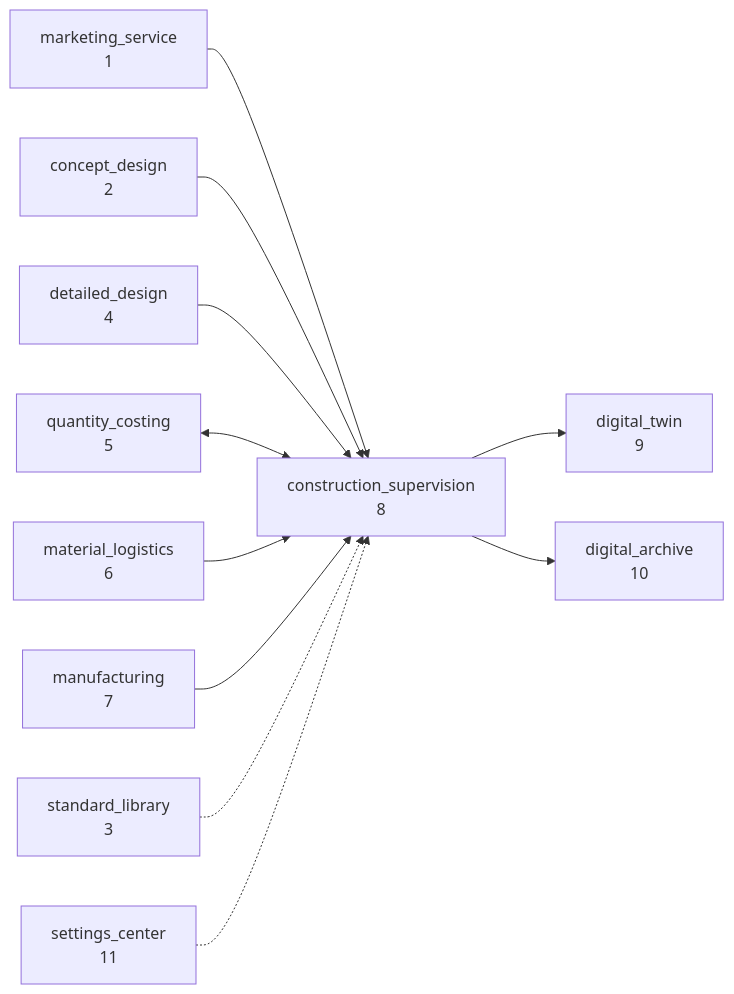
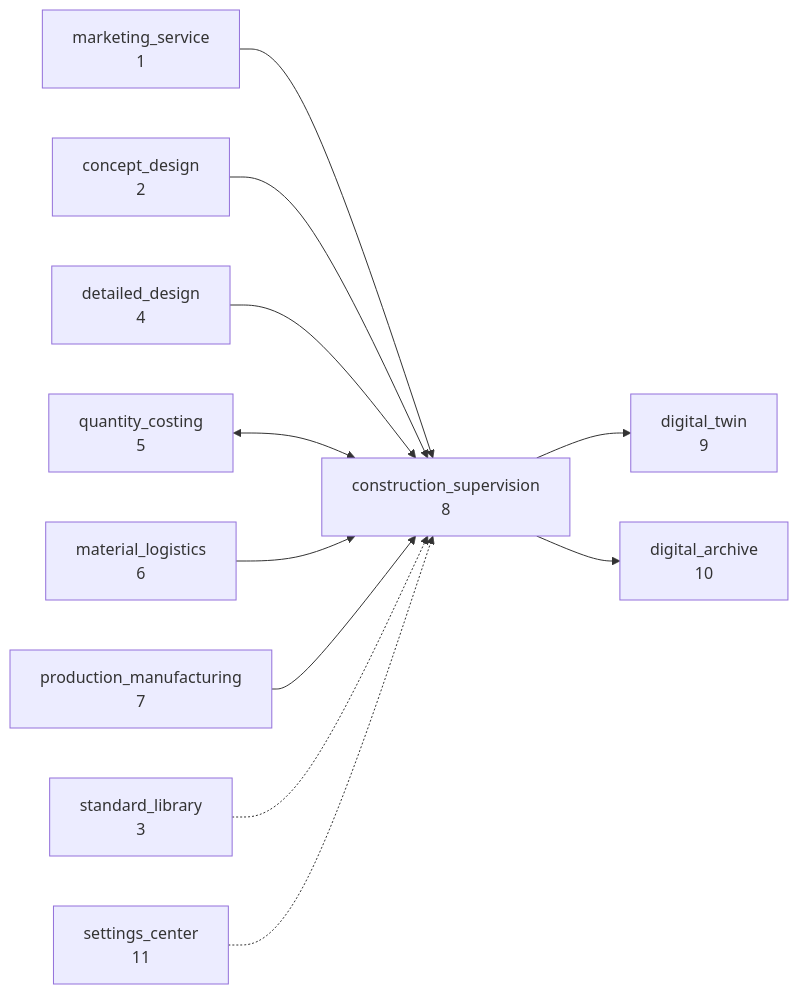
Before and after one commit to ActiveInAI/ArchIToken: the diagram in 04-backend/agent-orchestrator/prompts/construction_supervision/INTEGRATION.md, drawn with Mermaid. The commit also changed other lines of this file and 256 other files, not shown here.

````diff
--- a/04-backend/agent-orchestrator/prompts/construction_supervision/INTEGRATION.md
+++ b/04-backend/agent-orchestrator/prompts/construction_supervision/INTEGRATION.md
@@ -9,13 +9,13 @@
 ```mermaid
 flowchart LR
     MS[marketing_service<br/>1] --> CS[construction_supervision<br/>8]
     CD[concept_design<br/>2] --> CS
     DD[detailed_design<br/>4] --> CS
     QC[quantity_costing<br/>5] <--> CS
     ML[material_logistics<br/>6] --> CS
-    MF[manufacturing<br/>7] --> CS
+    MF[production_manufacturing<br/>7] --> CS
     SL[standard_library<br/>3] -.-> CS
     SC[settings_center<br/>11] -.-> CS
     CS --> DT[digital_twin<br/>9]
     CS --> DA[digital_archive<br/>10]
 ```
````
